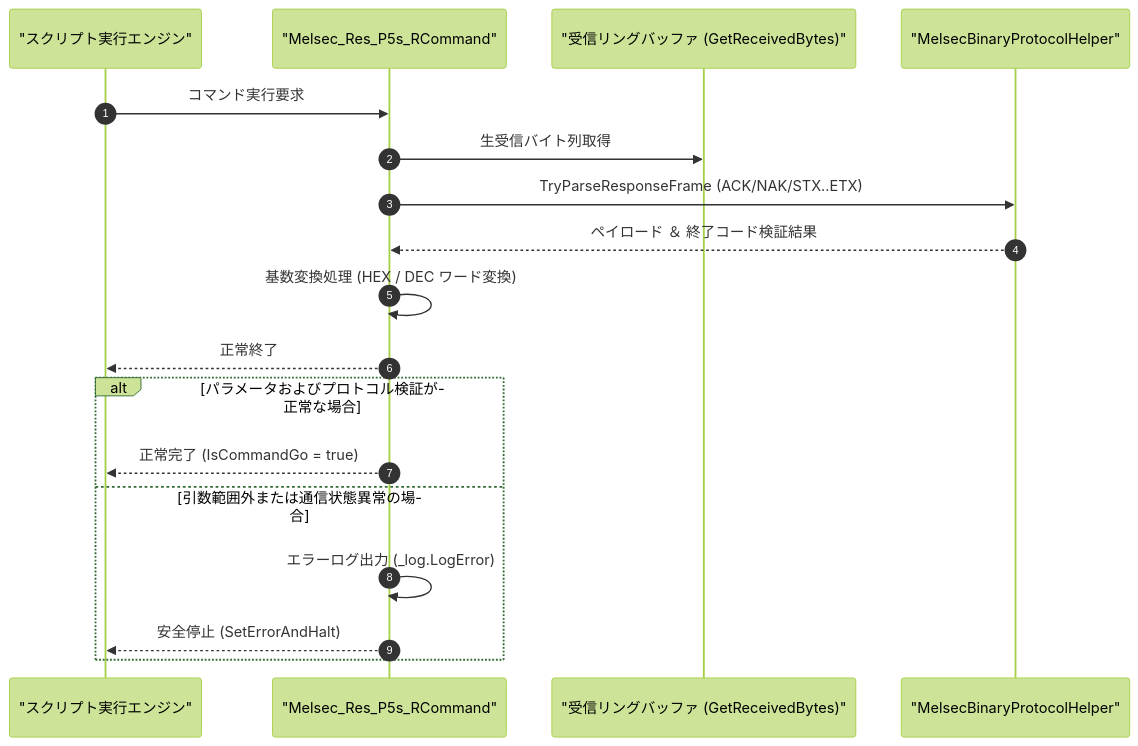
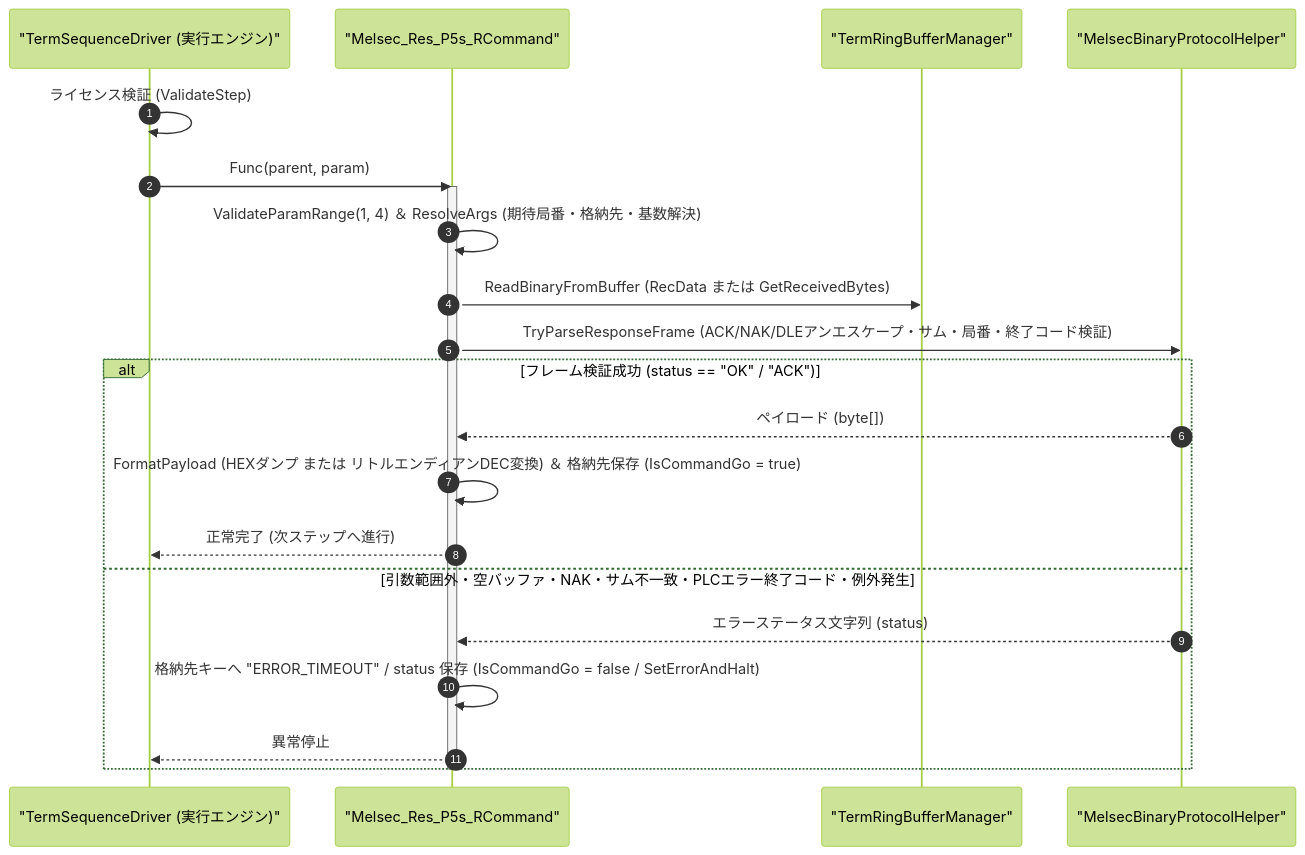
One commit to Monaca-App/TermAddIn changed the diagram in Manual/Melco/Melsec_Res_P5s_R.Md. Above: the diagram before and after it, drawn with Mermaid (forest theme). The commit also changed other lines of this file and 157 other files, not shown here.

````diff
--- a/Manual/Melco/Melsec_Res_P5s_R.Md
+++ b/Manual/Melco/Melsec_Res_P5s_R.Md
@@ -62,21 +74,25 @@
 ```mermaid
 sequenceDiagram
     autonumber
-    participant Script as "スクリプト実行エンジン"
+    participant Driver as "TermSequenceDriver (実行エンジン)"
     participant Cmd as "Melsec_Res_P5s_RCommand"
-    participant Buffer as "受信リングバッファ (GetReceivedBytes)"
+    participant Buffer as "TermRingBufferManager"
     participant Helper as "MelsecBinaryProtocolHelper"
 
-    Script->>Cmd: コマンド実行要求
-    Cmd->>Buffer: 生受信バイト列取得
-    Cmd->>Helper: TryParseResponseFrame (ACK/NAK/STX..ETX)
-    Helper-->>Cmd: ペイロード ＆ 終了コード検証結果
-    Cmd->>Cmd: 基数変換処理 (HEX / DEC ワード変換)
-    Cmd-->>Script: 正常終了
-    alt パラメータおよびプロトコル検証が正常な場合
-        Cmd-->>Script: 正常完了 (IsCommandGo = true)
-    else 引数範囲外または通信状態異常の場合
-        Cmd->>Cmd: エラーログ出力 (_log.LogError)
-        Cmd-->>Script: 安全停止 (SetErrorAndHalt)
+    Driver->>Driver: ライセンス検証 (ValidateStep)
+    Driver->>Cmd: Func(parent, param)
+    activate Cmd
+    Cmd->>Cmd: ValidateParamRange(1, 4) ＆ ResolveArgs (期待局番・格納先・基数解決)
+    Cmd->>Buffer: ReadBinaryFromBuffer (RecData または GetReceivedBytes)
+    Cmd->>Helper: TryParseResponseFrame (ACK/NAK/DLEアンエスケープ・サム・局番・終了コード検証)
+    alt フレーム検証成功 (status == "OK" / "ACK")
+        Helper-->>Cmd: ペイロード (byte[])
+        Cmd->>Cmd: FormatPayload (HEXダンプ または リトルエンディアンDEC変換) ＆ 格納先保存 (IsCommandGo = true)
+        Cmd-->>Driver: 正常完了 (次ステップへ進行)
+    else 引数範囲外・空バッファ・NAK・サム不一致・PLCエラー終了コード・例外発生
+        Helper-->>Cmd: エラーステータス文字列 (status)
+        Cmd->>Cmd: 格納先キーへ "ERROR_TIMEOUT" / status 保存 (IsCommandGo = false / SetErrorAndHalt)
+        Cmd-->>Driver: 異常停止
     end
+    deactivate Cmd
 ```
````
